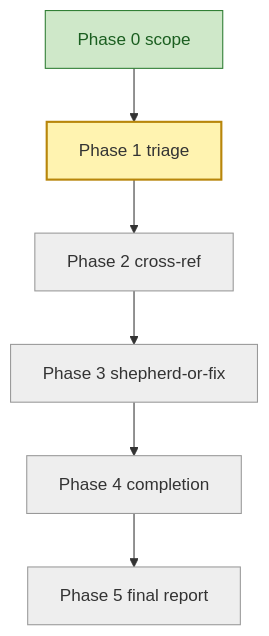
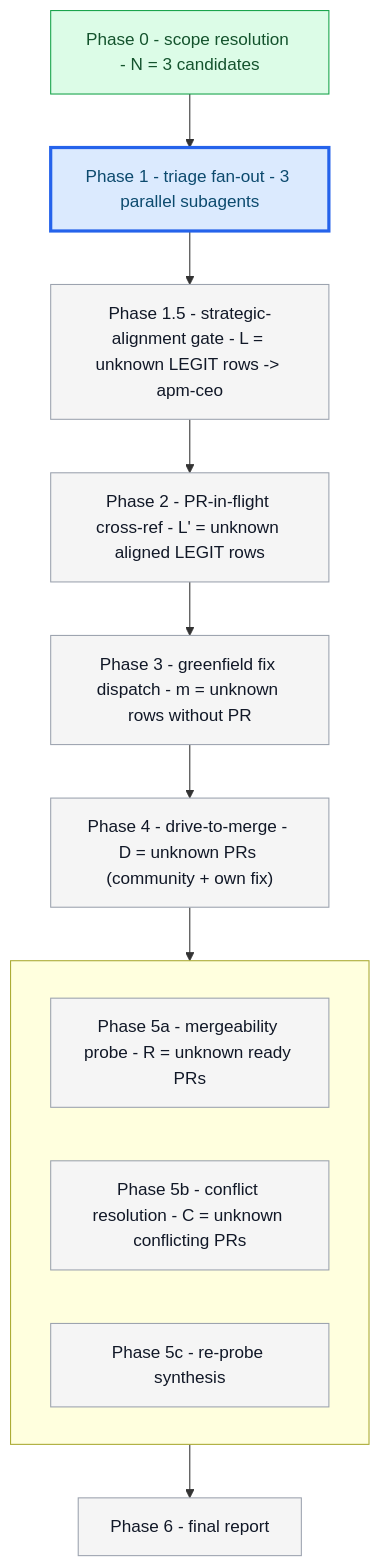
Before and after one commit to microsoft/apm: the second of 8 diagrams in packages/batch-bug-shepherd/.apm/skills/batch-bug-shepherd/evals/fixtures/three-issues-mixed.with_skill.md, drawn with Mermaid. The commit also changed other lines of this file and 112 other files, not shown here.

````diff
--- a/packages/batch-bug-shepherd/.apm/skills/batch-bug-shepherd/evals/fixtures/three-issues-mixed.with_skill.md
+++ b/packages/batch-bug-shepherd/.apm/skills/batch-bug-shepherd/evals/fixtures/three-issues-mixed.with_skill.md
@@ -43,15 +54,26 @@
 ```mermaid
 flowchart TB
-    P0[Phase 0 scope]:::done
-    P1[Phase 1 triage]:::active
-    P2[Phase 2 cross-ref]:::pending
-    P3[Phase 3 shepherd-or-fix]:::pending
-    P4[Phase 4 completion]:::pending
-    P5[Phase 5 final report]:::pending
-    P0 --> P1 --> P2 --> P3 --> P4 --> P5
-    classDef pending fill:#eee,stroke:#999,color:#333
-    classDef active  fill:#fff3b0,stroke:#b8860b,color:#333,stroke-width:2px
-    classDef done    fill:#cfe8c9,stroke:#2e7d32,color:#1b5e20
-    classDef blocked fill:#f8c7c7,stroke:#b71c1c,color:#7f0000
-    classDef skipped fill:#f0f0f0,stroke:#bbb,color:#888,stroke-dasharray:3 3
+    P0["Phase 0 - scope resolution - N = 3 candidates"]:::done
+    P1["Phase 1 - triage fan-out - 3 parallel subagents"]:::active
+    P15["Phase 1.5 - strategic-alignment gate - L = unknown LEGIT rows -> apm-ceo"]:::pending
+    P2["Phase 2 - PR-in-flight cross-ref - L' = unknown aligned LEGIT rows"]:::pending
+    P3["Phase 3 - greenfield fix dispatch - m = unknown rows without PR"]:::pending
+    P4["Phase 4 - drive-to-merge - D = unknown PRs (community + own fix)"]:::pending
+
+    subgraph WAVE4[" "]
+        direction LR
+        P5a["Phase 5a - mergeability probe - R = unknown ready PRs"]:::pending
+        P5b["Phase 5b - conflict resolution - C = unknown conflicting PRs"]:::pending
+        P5c["Phase 5c - re-probe synthesis"]:::pending
+    end
+
+    P6["Phase 6 - final report"]:::pending
+
+    P0 --> P1 --> P15 --> P2 --> P3 --> P4 --> WAVE4 --> P6
+
+    classDef pending fill:#f5f5f5,stroke:#9ca3af,stroke-width:1px,color:#111827
+    classDef active  fill:#dbeafe,stroke:#2563eb,stroke-width:3px,color:#0c4a6e
+    classDef done    fill:#dcfce7,stroke:#16a34a,stroke-width:1px,color:#14532d
+    classDef blocked fill:#fef3c7,stroke:#d97706,stroke-width:2px,color:#78350f
+    classDef skipped fill:#f3f4f6,stroke:#6b7280,stroke-width:1px,stroke-dasharray:4 2,color:#374151
 ```
````
